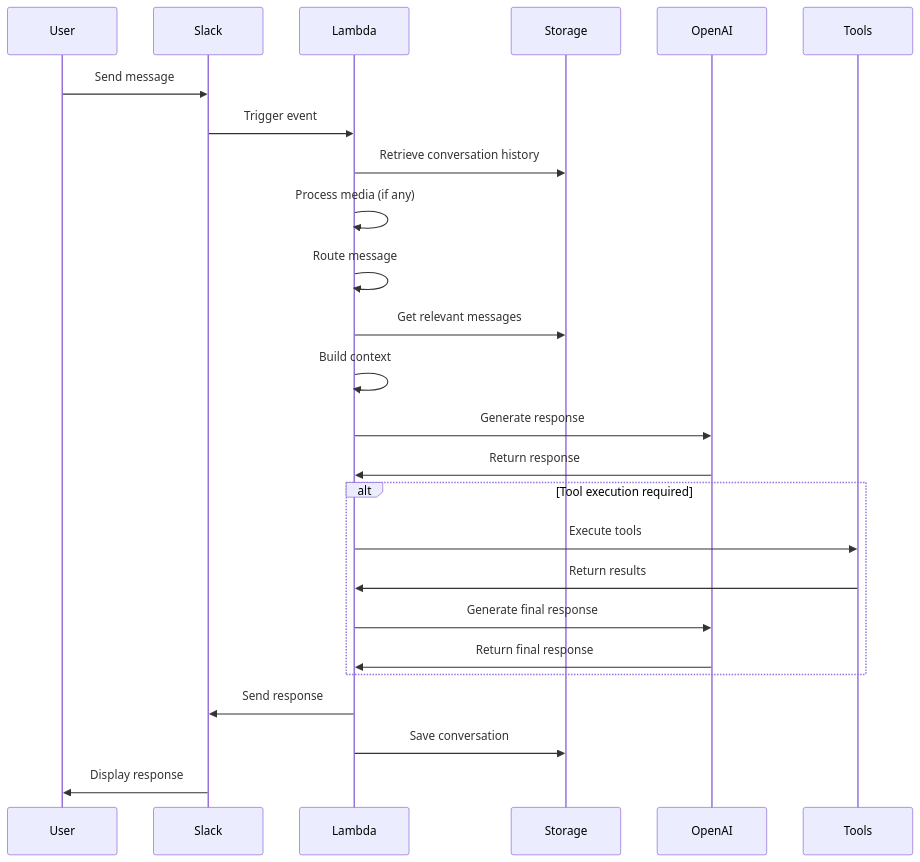
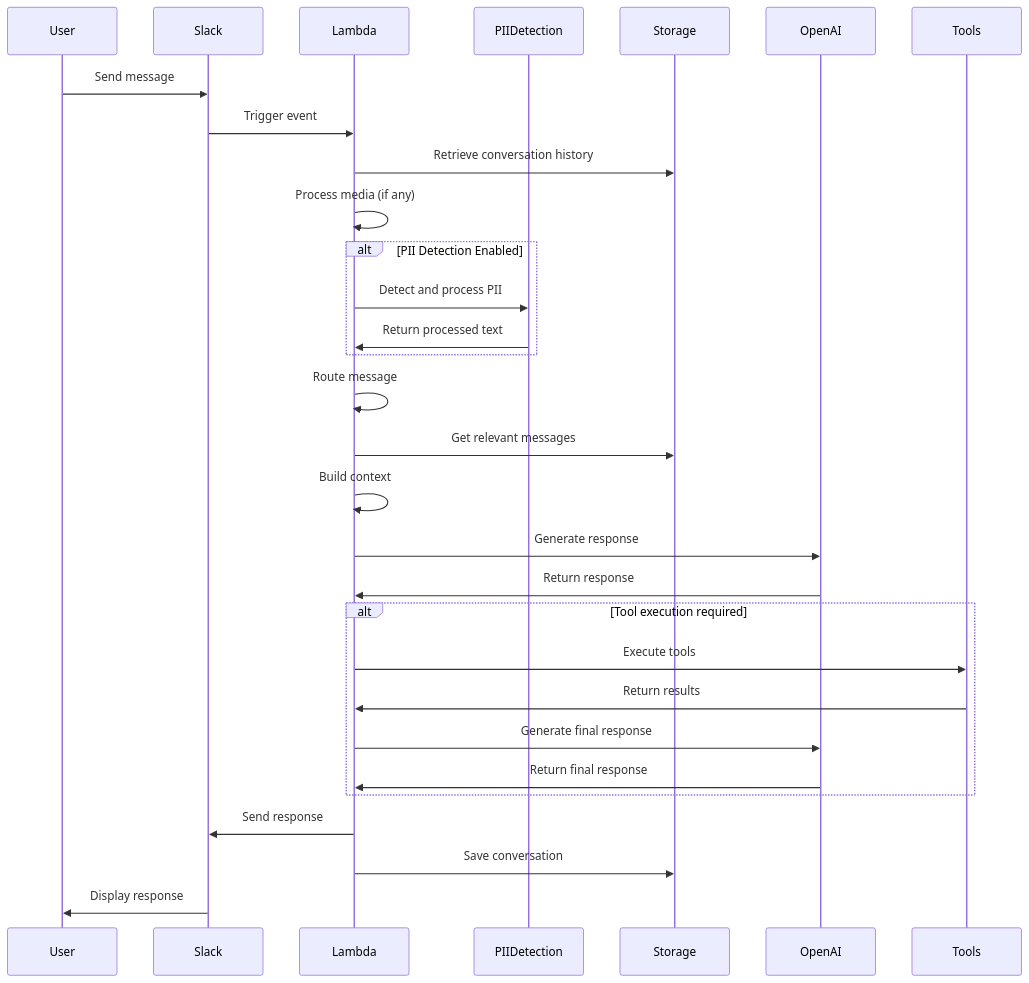
The diagram in docs/invocation-flow.md (aizukanne/OfficeAssistant), drawn with Mermaid before and after one commit. The commit also changed other lines of this file and 11 other files, not shown here.

````diff
--- a/docs/invocation-flow.md
+++ b/docs/invocation-flow.md
@@ -20,30 +20,37 @@
 ```mermaid
 sequenceDiagram
     participant User
     participant Slack
     participant Lambda
+    participant PIIDetection
     participant Storage
     participant OpenAI
     participant Tools
     
     User->>Slack: Send message
     Slack->>Lambda: Trigger event
     Lambda->>Storage: Retrieve conversation history
     Lambda->>Lambda: Process media (if any)
+    
+    alt PII Detection Enabled
+        Lambda->>PIIDetection: Detect and process PII
+        PIIDetection->>Lambda: Return processed text
+    end
+    
     Lambda->>Lambda: Route message
     Lambda->>Storage: Get relevant messages
     Lambda->>Lambda: Build context
     Lambda->>OpenAI: Generate response
     OpenAI->>Lambda: Return response
     
     alt Tool execution required
         Lambda->>Tools: Execute tools
         Tools->>Lambda: Return results
         Lambda->>OpenAI: Generate final response
         OpenAI->>Lambda: Return final response
     end
     
     Lambda->>Slack: Send response
     Lambda->>Storage: Save conversation
     Slack->>User: Display response
 ```
````
